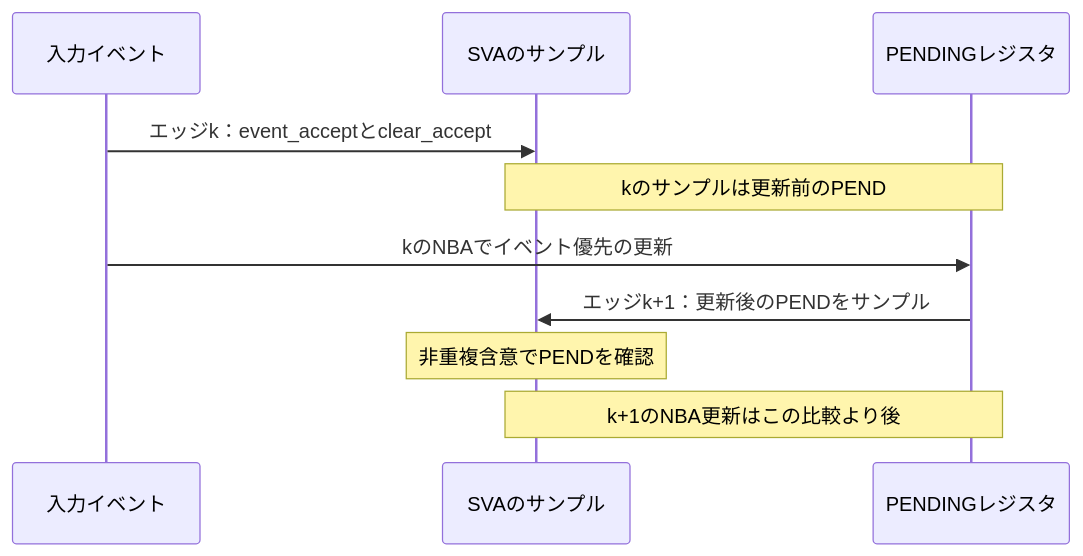
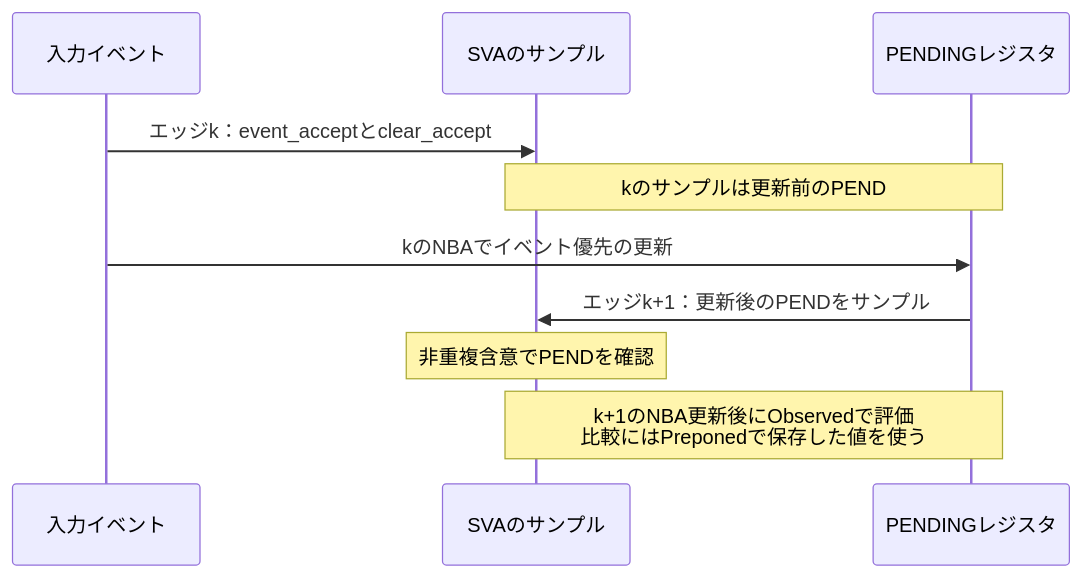
The second of 2 diagrams in docs/method/sva-verification.md (kurochan001/lsi-verification-method), drawn with Mermaid before and after one commit. The commit also changed other lines of this file and 57 other files, not shown here.

````diff
--- a/docs/method/sva-verification.md
+++ b/docs/method/sva-verification.md
@@ -149,14 +149,14 @@
 ```mermaid
 sequenceDiagram
   accTitle: 競合エッジと次サンプルの関係
   accDescr: 本文のイベント優先の例では、エッジkの競合によるNBA更新を、エッジk+1の更新前サンプルで確認します。
   participant I as 入力イベント
   participant A as SVAのサンプル
   participant P as PENDINGレジスタ
   I->>A: エッジk：event_acceptとclear_accept
   Note over A,P: kのサンプルは更新前のPEND
   I->>P: kのNBAでイベント優先の更新
   P->>A: エッジk+1：更新後のPENDをサンプル
   Note over A: 非重複含意でPENDを確認
-  Note over A,P: k+1のNBA更新はこの比較より後
+  Note over A,P: k+1のNBA更新後にObservedで評価<br/>比較にはPreponedで保存した値を使う
 ```
````
